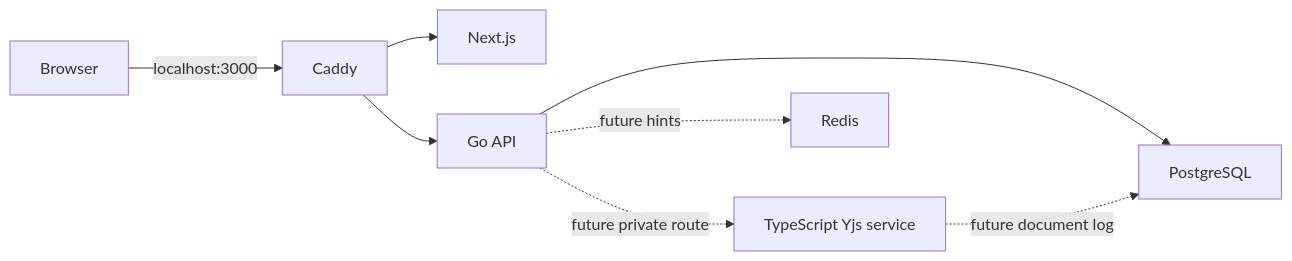
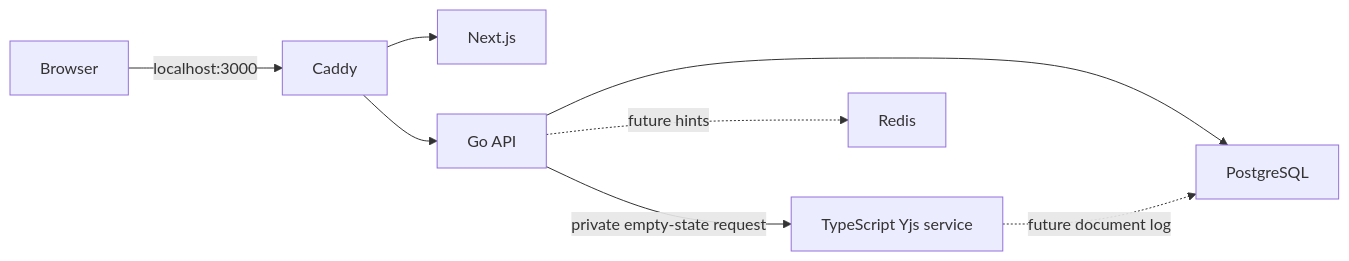
Before and after one commit to pentest200/Collaborative-Code-Editor: the diagram in docs/architecture.md, drawn with Mermaid. The commit also changed other lines of this file and 29 other files, not shown here.

````diff
--- a/docs/architecture.md
+++ b/docs/architecture.md
@@ -11,10 +11,10 @@
 ```mermaid
 flowchart LR
   Browser -->|localhost:3000| Edge[Caddy]
   Edge --> Web[Next.js]
   Edge --> API[Go API]
-  API -. future private route .-> Collab[TypeScript Yjs service]
+  API -->|private empty-state request| Collab[TypeScript Yjs service]
   API --> PostgreSQL
   Collab -. future document log .-> PostgreSQL
   API -. future hints .-> Redis
 ```
````
